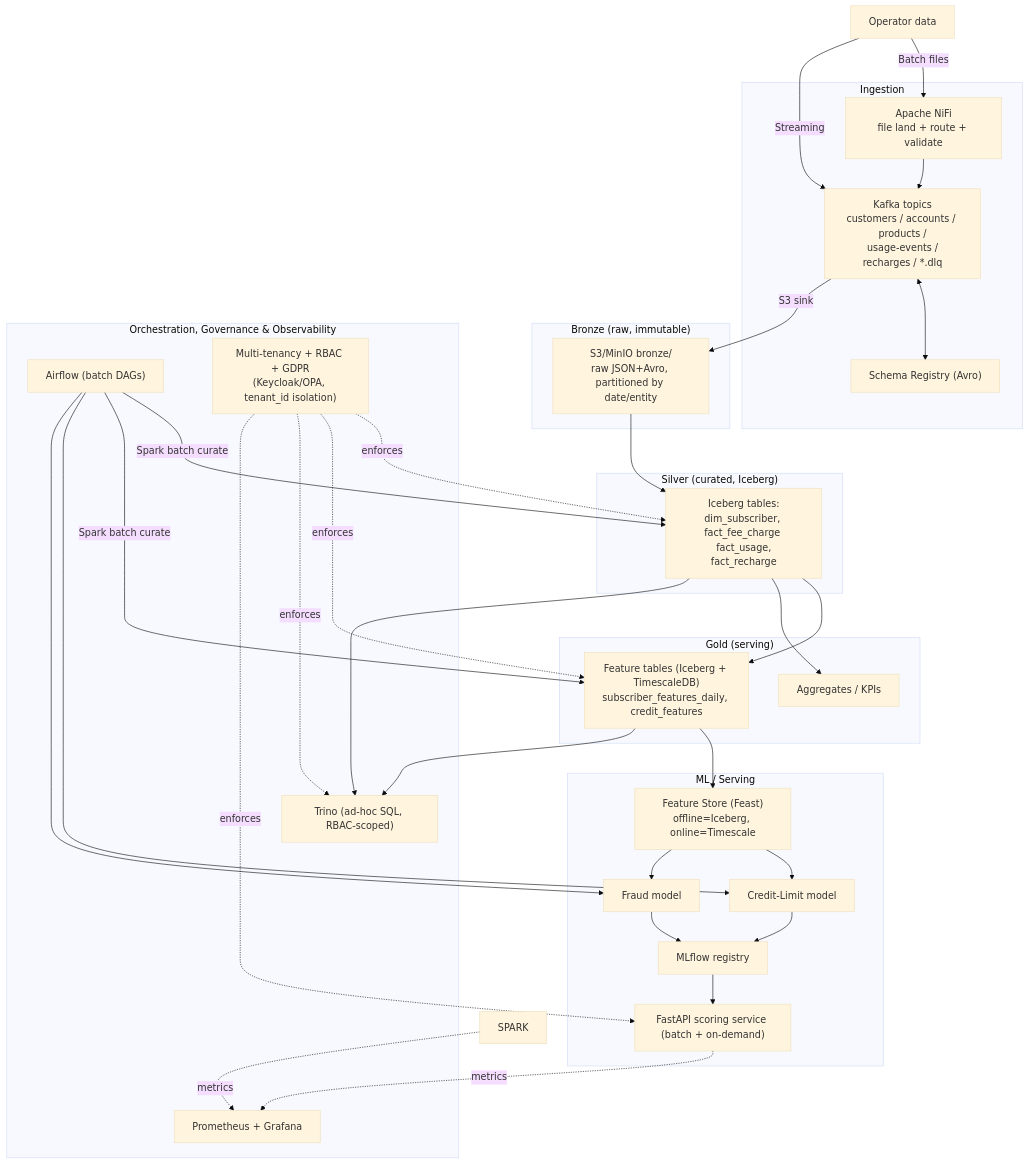
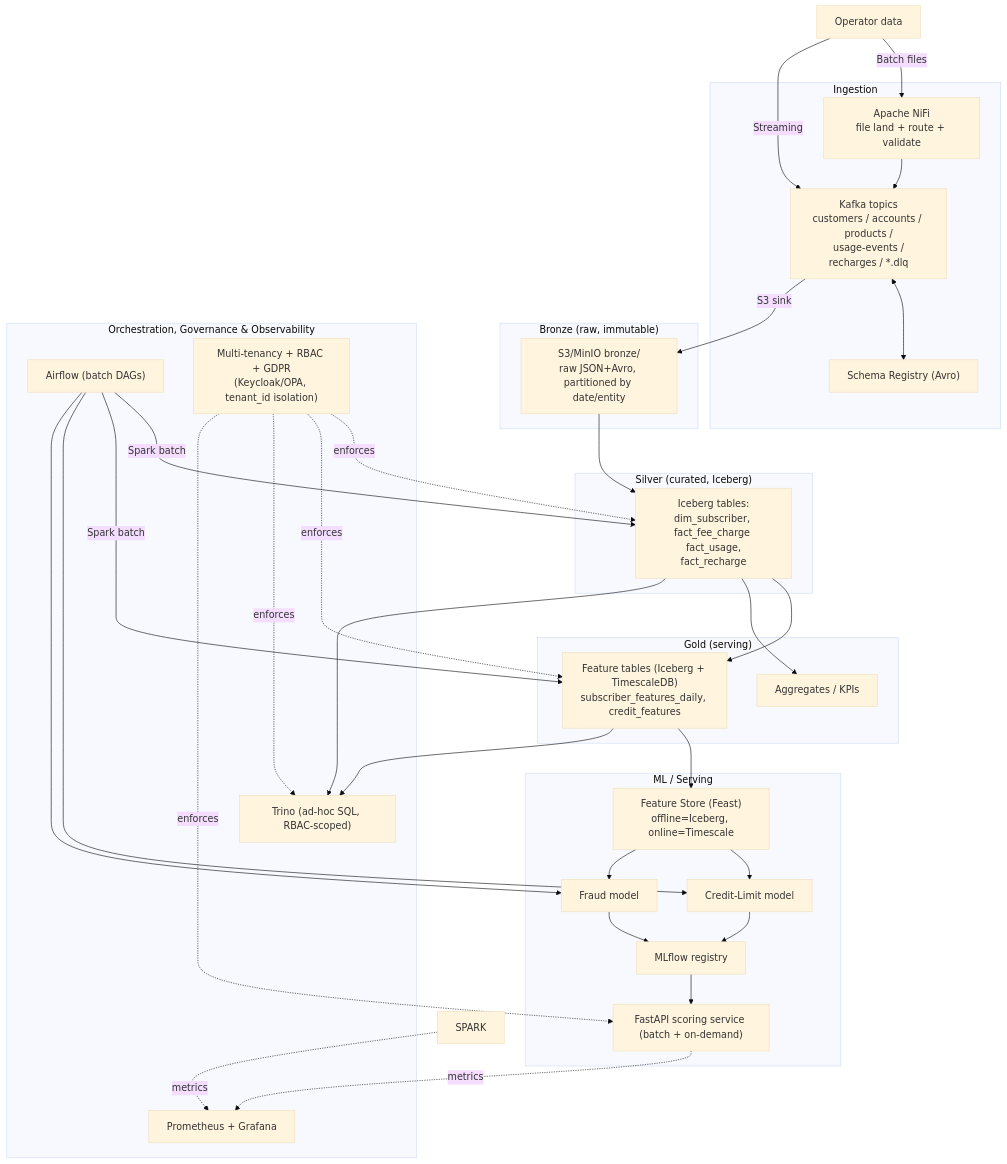
One commit to vikasagarwal2485/intelligent_data_platform changed the diagram in docs/architecture_and_implementation_plan.md. Above: the diagram before and after it, drawn with Mermaid (base theme).

````diff
--- a/docs/architecture_and_implementation_plan.md
+++ b/docs/architecture_and_implementation_plan.md
@@ -76,55 +76,55 @@
 ```mermaid
 flowchart TB
 
     subgraph ING["Ingestion"]
         NIFI["Apache NiFi<br/>file land + route + validate"]
         KAFKA["Kafka topics<br/>customers / accounts / products /<br/>usage-events /<br/>recharges / *.dlq"]
         SR["Schema Registry (Avro)"]
     end
 
     subgraph BRONZE["Bronze (raw, immutable)"]
         B["S3/MinIO bronze/<br/>raw JSON+Avro, partitioned by date/entity"]
     end
 
     subgraph SILVER["Silver (curated, Iceberg)"]
         S["Iceberg tables:<br/>dim_subscriber, fact_fee_charge <br/> fact_usage, fact_recharge"]
     end
 
     subgraph GOLD["Gold (serving)"]
         G1["Feature tables (Iceberg + TimescaleDB)<br/>subscriber_features_daily, credit_features"]
         G2["Aggregates / KPIs"]
     end
 
     subgraph ML["ML / Serving"]
         FS["Feature Store (Feast)<br/>offline=Iceberg, online=Timescale"]
         M1["Credit-Limit model"]
         M2["Fraud model"]
         REG["MLflow registry"]
         API["FastAPI scoring service (batch + on-demand)"]
     end
 
     subgraph OPS["Orchestration, Governance & Observability"]
         AF["Airflow (batch DAGs)"]
         MON["Prometheus + Grafana"]
         TR["Trino (ad-hoc SQL, RBAC-scoped)"]
         GOV["Multi-tenancy + RBAC + GDPR<br/>(Keycloak/OPA, tenant_id isolation)"]
     end
 
     SYN["Operator data"] --> |Batch files| NIFI --> KAFKA
     SYN["Operator data"] --> |Streaming| KAFKA
     KAFKA <--> SR
     KAFKA -->|S3 sink| B
     B --> S
+    AF --> |Spark batch| S
+    AF --> |Spark batch| G1
+    AF --> M1 & M2
     S --> G1 & G2
     G1 --> FS
     FS --> M1 & M2
     M1 & M2 --> REG --> API
-    AF --> |Spark batch curate| S
-    AF --> |Spark batch curate| G1
-    AF --> M1 & M2
     S --> TR
     G1 --> TR
     GOV -.enforces.-> S & G1 & TR & API
     SPARK -.metrics.-> MON
     API -.metrics.-> MON
 ```
````
